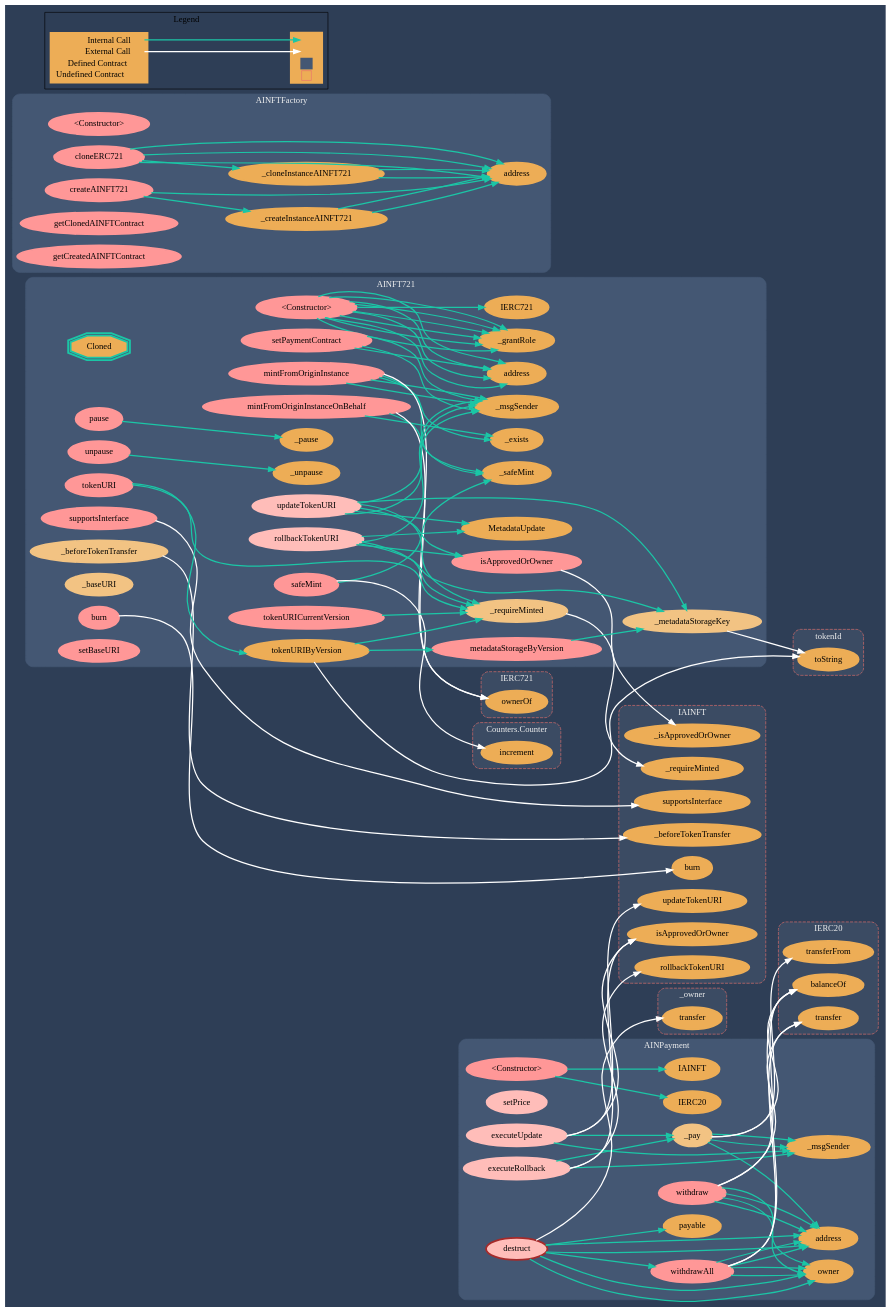
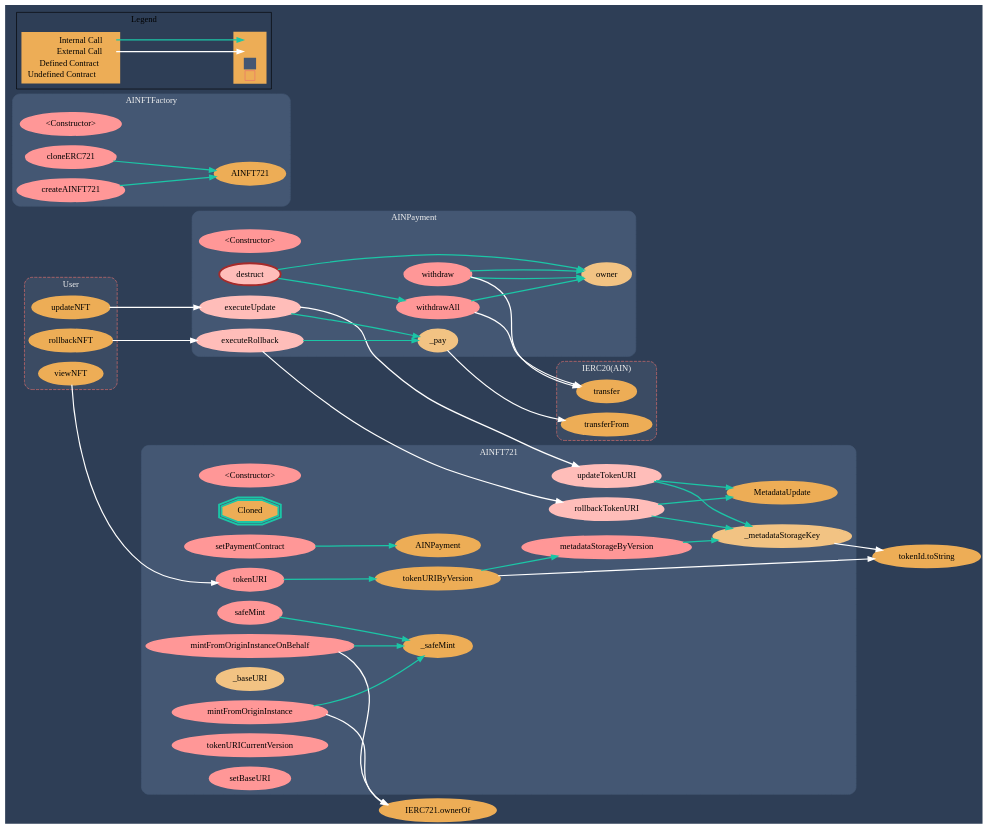
Before and after one commit to ainft-team/ainftize-contract: the diagram in docs/callgraph/AINFT.gv, drawn with Graphviz. The commit also changed 1 other file, not shown here.

Commit message:
docs: revise call graph

```diff
--- a/docs/callgraph/AINFT.gv
+++ b/docs/callgraph/AINFT.gv
@@ -9,14 +9,7 @@
   "AINFT721.mintFromOriginInstance" [ label = "mintFromOriginInstance", color = "#FF9797", fillcolor = "#FF9797" ];
   "AINFT721.mintFromOriginInstanceOnBehalf" [ label = "mintFromOriginInstanceOnBehalf", color = "#FF9797", fillcolor = "#FF9797" ];
   "AINFT721.setPaymentContract" [ label = "setPaymentContract", color = "#FF9797", fillcolor = "#FF9797" ];
-  "AINFT721.supportsInterface" [ label = "supportsInterface", color = "#FF9797", fillcolor = "#FF9797" ];
-  "AINFT721.pause" [ label = "pause", color = "#FF9797", fillcolor = "#FF9797" ];
-  "AINFT721.unpause" [ label = "unpause", color = "#FF9797", fillcolor = "#FF9797" ];
   "AINFT721.safeMint" [ label = "safeMint", color = "#FF9797", fillcolor = "#FF9797" ];
-  "AINFT721._beforeTokenTransfer" [ label = "_beforeTokenTransfer", color = "#f2c383", fillcolor = "#f2c383" ];
-  "AINFT721._requireMinted" [ label = "_requireMinted", color = "#f2c383", fillcolor = "#f2c383" ];
-  "AINFT721.isApprovedOrOwner" [ label = "isApprovedOrOwner", color = "#FF9797", fillcolor = "#FF9797" ];
-  "AINFT721.burn" [ label = "burn", color = "#FF9797", fillcolor = "#FF9797" ];
   "AINFT721._baseURI" [ label = "_baseURI", color = "#f2c383", fillcolor = "#f2c383" ];
   "AINFT721.tokenURI" [ label = "tokenURI", color = "#FF9797", fillcolor = "#FF9797" ];
   "AINFT721._metadataStorageKey" [ label = "_metadataStorageKey", color = "#f2c383", fillcolor = "#f2c383" ];
@@ -26,15 +19,10 @@
   "AINFT721.setBaseURI" [ label = "setBaseURI", color = "#FF9797", fillcolor = "#FF9797" ];
   "AINFT721.updateTokenURI" [ label = "updateTokenURI", color = "#ffbdb9", fillcolor = "#ffbdb9" ];
   "AINFT721.rollbackTokenURI" [ label = "rollbackTokenURI", color = "#ffbdb9", fillcolor = "#ffbdb9" ];
-  "AINFT721._grantRole" [ label = "_grantRole" ];
-  "AINFT721.IERC721" [ label = "IERC721" ];
-  "AINFT721.address" [ label = "address" ];
-  "AINFT721._exists" [ label = "_exists" ];
-  "AINFT721._msgSender" [ label = "_msgSender" ];
   "AINFT721._safeMint" [ label = "_safeMint" ];
-  "AINFT721._pause" [ label = "_pause" ];
-  "AINFT721._unpause" [ label = "_unpause" ];
   "AINFT721.MetadataUpdate" [ label = "MetadataUpdate" ];
+  "AINFT721.AINPayment" [ label = "AINPayment" ];
+
 }
 
 subgraph "clusterAINFTFactory" {
@@ -42,97 +30,42 @@
   "AINFTFactory.<Constructor>" [ label = "<Constructor>", color = "#FF9797", fillcolor = "#FF9797" ];
   "AINFTFactory.cloneERC721" [ label = "cloneERC721", color = "#FF9797", fillcolor = "#FF9797" ];
   "AINFTFactory.createAINFT721" [ label = "createAINFT721", color = "#FF9797", fillcolor = "#FF9797" ];
-  "AINFTFactory._cloneInstanceAINFT721" [ label = "_cloneInstanceAINFT721" ];
-  "AINFTFactory._createInstanceAINFT721" [ label = "_createInstanceAINFT721" ];
-  "AINFTFactory.getClonedAINFTContract" [ label = "getClonedAINFTContract", color = "#FF9797", fillcolor = "#FF9797" ];
-  "AINFTFactory.getCreatedAINFTContract" [ label = "getCreatedAINFTContract", color = "#FF9797", fillcolor = "#FF9797" ];
-  "AINFTFactory.address" [ label = "address" ];
+  "AINFTFactory.address" [ label = "AINFT721" ];
 }
 
 subgraph "clusterAINPayment" {
   graph [ label = "AINPayment", color = "#445773", fontcolor = "#f0f0f0", style = "rounded", bgcolor = "#445773" ];
   "AINPayment.<Constructor>" [ label = "<Constructor>", color = "#FF9797", fillcolor = "#FF9797" ];
-  "AINPayment.setPrice" [ label = "setPrice", color = "#ffbdb9", fillcolor = "#ffbdb9" ];
   "AINPayment._pay" [ label = "_pay", color = "#f2c383", fillcolor = "#f2c383" ];
   "AINPayment.executeUpdate" [ label = "executeUpdate", color = "#ffbdb9", fillcolor = "#ffbdb9" ];
   "AINPayment.executeRollback" [ label = "executeRollback", color = "#ffbdb9", fillcolor = "#ffbdb9" ];
   "AINPayment.withdraw" [ label = "withdraw", color = "#FF9797", fillcolor = "#FF9797" ];
   "AINPayment.withdrawAll" [ label = "withdrawAll", color = "#FF9797", fillcolor = "#FF9797" ];
   "AINPayment.destruct" [ label = "destruct", color = "brown", fillcolor = "#ffbdb9" ];
-  "AINPayment.IERC20" [ label = "IERC20" ];
-  "AINPayment.IAINFT" [ label = "IAINFT" ];
-  "AINPayment._msgSender" [ label = "_msgSender" ];
-  "AINPayment.address" [ label = "address" ];
-  "AINPayment.owner" [ label = "owner" ];
-  "AINPayment.payable" [ label = "payable" ];
-}
-
-subgraph "clusterIERC721" {
-  graph [ label = "IERC721", color = "#e8726d", fontcolor = "#f0f0f0", style = "rounded,dashed", bgcolor = "#3b4b63" ];
-  "IERC721.ownerOf" [ label = "ownerOf" ];
-}
-
-subgraph "clusterIAINFT" {
-  graph [ label = "IAINFT", color = "#e8726d", fontcolor = "#f0f0f0", style = "rounded,dashed", bgcolor = "#3b4b63" ];
-  "IAINFT.supportsInterface" [ label = "supportsInterface" ];
-  "IAINFT._beforeTokenTransfer" [ label = "_beforeTokenTransfer" ];
-  "IAINFT._requireMinted" [ label = "_requireMinted" ];
-  "IAINFT._isApprovedOrOwner" [ label = "_isApprovedOrOwner" ];
-  "IAINFT.burn" [ label = "burn" ];
-  "IAINFT.isApprovedOrOwner" [ label = "isApprovedOrOwner" ];
-  "IAINFT.updateTokenURI" [ label = "updateTokenURI" ];
-  "IAINFT.rollbackTokenURI" [ label = "rollbackTokenURI" ];
-}
-
-subgraph "clusterCounters.Counter" {
-  graph [ label = "Counters.Counter", color = "#e8726d", fontcolor = "#f0f0f0", style = "rounded,dashed", bgcolor = "#3b4b63" ];
-  "Counters.Counter.increment" [ label = "increment" ];
-}
-
-subgraph "clustertokenId" {
-  graph [ label = "tokenId", color = "#e8726d", fontcolor = "#f0f0f0", style = "rounded,dashed", bgcolor = "#3b4b63" ];
-  "tokenId.toString" [ label = "toString" ];
+  "AINPayment.owner" [ label = "owner", color = "#f2c383", fillcolor = "#f2c383" ];
 }
 
 subgraph "clusterIERC20" {
-  graph [ label = "IERC20", color = "#e8726d", fontcolor = "#f0f0f0", style = "rounded,dashed", bgcolor = "#3b4b63" ];
-  "IERC20.balanceOf" [ label = "balanceOf" ];
+  graph [ label = "IERC20(AIN)", color = "#e8726d", fontcolor = "#f0f0f0", style = "rounded,dashed", bgcolor = "#3b4b63" ];
   "IERC20.transferFrom" [ label = "transferFrom" ];
   "IERC20.transfer" [ label = "transfer" ];
 }
 
-subgraph "cluster_owner" {
-  graph [ label = "_owner", color = "#e8726d", fontcolor = "#f0f0f0", style = "rounded,dashed", bgcolor = "#3b4b63" ];
-  "_owner.transfer" [ label = "transfer" ];
+subgraph "cluster_user" {
+  graph [ label = "User", color = "#e8726d", fontcolor = "#f0f0f0", style = "rounded,dashed", bgcolor = "#3b4b63" ];
+  "User.updateNFT" [label = "updateNFT"];
+  "User.rollbackNFT" [label = "rollbackNFT"];
+  "User.viewNFT" [label = "viewNFT"];
 }
 
   "AINFT721.<Constructor>";
-  "AINFT721._grantRole";
-  "AINFT721.IERC721";
-  "AINFT721.address";
+  "AINFT721.AINPayment";
   "AINFT721.mintFromOriginInstance";
-  "AINFT721._exists";
   "IERC721.ownerOf";
-  "AINFT721._msgSender";
   "AINFT721._safeMint";
   "AINFT721.mintFromOriginInstanceOnBehalf";
   "AINFT721.setPaymentContract";
-  "AINFT721.supportsInterface";
-  "IAINFT.supportsInterface";
-  "AINFT721.pause";
-  "AINFT721._pause";
-  "AINFT721.unpause";
-  "AINFT721._unpause";
   "AINFT721.safeMint";
-  "Counters.Counter.increment";
-  "AINFT721._beforeTokenTransfer";
-  "IAINFT._beforeTokenTransfer";
-  "AINFT721._requireMinted";
-  "IAINFT._requireMinted";
-  "AINFT721.isApprovedOrOwner";
-  "IAINFT._isApprovedOrOwner";
-  "AINFT721.burn";
-  "IAINFT.burn";
   "AINFT721.tokenURI";
   "AINFT721.tokenURIByVersion";
   "AINFT721._metadataStorageKey";
@@ -144,123 +77,52 @@
   "AINFT721.rollbackTokenURI";
   "AINFTFactory.cloneERC721";
   "AINFTFactory.address";
-  "AINFTFactory._cloneInstanceAINFT721";
   "AINFTFactory.createAINFT721";
-  "AINFTFactory._createInstanceAINFT721";
   "AINPayment.<Constructor>";
-  "AINPayment.IERC20";
-  "AINPayment.IAINFT";
   "AINPayment._pay";
-  "IERC20.balanceOf";
-  "AINPayment._msgSender";
   "IERC20.transferFrom";
-  "AINPayment.address";
   "AINPayment.executeUpdate";
-  "IAINFT.isApprovedOrOwner";
-  "IAINFT.updateTokenURI";
   "AINPayment.executeRollback";
-  "IAINFT.rollbackTokenURI";
   "AINPayment.withdraw";
   "AINPayment.owner";
   "IERC20.transfer";
   "AINPayment.withdrawAll";
   "AINPayment.destruct";
-  "AINPayment.payable";
-  "_owner.transfer";
-  "AINFT721.<Constructor>" -> "AINFT721._grantRole" [ color = "#1bc6a6" ];
-  "AINFT721.<Constructor>" -> "AINFT721._grantRole" [ color = "#1bc6a6" ];
-  "AINFT721.<Constructor>" -> "AINFT721._grantRole" [ color = "#1bc6a6" ];
-  "AINFT721.<Constructor>" -> "AINFT721._grantRole" [ color = "#1bc6a6" ];
-  "AINFT721.<Constructor>" -> "AINFT721._grantRole" [ color = "#1bc6a6" ];
-  "AINFT721.<Constructor>" -> "AINFT721._grantRole" [ color = "#1bc6a6" ];
-  "AINFT721.<Constructor>" -> "AINFT721.IERC721" [ color = "#1bc6a6" ];
-  "AINFT721.<Constructor>" -> "AINFT721.address" [ color = "#1bc6a6" ];
-  "AINFT721.<Constructor>" -> "AINFT721.address" [ color = "#1bc6a6" ];
-  "AINFT721.<Constructor>" -> "AINFT721.address" [ color = "#1bc6a6" ];
-  "AINFT721.<Constructor>" -> "AINFT721.address" [ color = "#1bc6a6" ];
-  "AINFT721.mintFromOriginInstance" -> "AINFT721._exists" [ color = "#1bc6a6" ];
+  "User.updateNFT";
+  "User.rollbackNFT";
+  "User.viewNFT";
+  "User.updateNFT" -> "AINPayment.executeUpdate" [ color = "white" ];
+  "User.rollbackNFT" -> "AINPayment.executeRollback" [ color = "white" ];
+  "User.viewNFT" -> "AINFT721.tokenURI" [ color = "white" ];
   "AINFT721.mintFromOriginInstance" -> "IERC721.ownerOf" [ color = "white" ];
-  "AINFT721.mintFromOriginInstance" -> "AINFT721._msgSender" [ color = "#1bc6a6" ];
   "AINFT721.mintFromOriginInstance" -> "AINFT721._safeMint" [ color = "#1bc6a6" ];
-  "AINFT721.mintFromOriginInstance" -> "AINFT721._msgSender" [ color = "#1bc6a6" ];
-  "AINFT721.mintFromOriginInstanceOnBehalf" -> "AINFT721._exists" [ color = "#1bc6a6" ];
   "AINFT721.mintFromOriginInstanceOnBehalf" -> "IERC721.ownerOf" [ color = "white" ];
   "AINFT721.mintFromOriginInstanceOnBehalf" -> "AINFT721._safeMint" [ color = "#1bc6a6" ];
-  "AINFT721.setPaymentContract" -> "AINFT721._msgSender" [ color = "#1bc6a6" ];
-  "AINFT721.setPaymentContract" -> "AINFT721._msgSender" [ color = "#1bc6a6" ];
-  "AINFT721.setPaymentContract" -> "AINFT721.address" [ color = "#1bc6a6" ];
-  "AINFT721.supportsInterface" -> "IAINFT.supportsInterface" [ color = "white" ];
-  "AINFT721.pause" -> "AINFT721._pause" [ color = "#1bc6a6" ];
-  "AINFT721.unpause" -> "AINFT721._unpause" [ color = "#1bc6a6" ];
-  "AINFT721.safeMint" -> "Counters.Counter.increment" [ color = "white" ];
+  "AINFT721.setPaymentContract" -> "AINFT721.AINPayment" [ color = "#1bc6a6" ];
   "AINFT721.safeMint" -> "AINFT721._safeMint" [ color = "#1bc6a6" ];
-  "AINFT721._beforeTokenTransfer" -> "IAINFT._beforeTokenTransfer" [ color = "white" ];
-  "AINFT721._requireMinted" -> "IAINFT._requireMinted" [ color = "white" ];
-  "AINFT721.isApprovedOrOwner" -> "IAINFT._isApprovedOrOwner" [ color = "white" ];
-  "AINFT721.burn" -> "IAINFT.burn" [ color = "white" ];
-  "AINFT721.tokenURI" -> "AINFT721._requireMinted" [ color = "#1bc6a6" ];
   "AINFT721.tokenURI" -> "AINFT721.tokenURIByVersion" [ color = "#1bc6a6" ];
   "AINFT721._metadataStorageKey" -> "tokenId.toString" [ color = "white" ];
   "AINFT721.metadataStorageByVersion" -> "AINFT721._metadataStorageKey" [ color = "#1bc6a6" ];
-  "AINFT721.tokenURICurrentVersion" -> "AINFT721._requireMinted" [ color = "#1bc6a6" ];
-  "AINFT721.tokenURIByVersion" -> "AINFT721._requireMinted" [ color = "#1bc6a6" ];
   "AINFT721.tokenURIByVersion" -> "tokenId.toString" [ color = "white" ];
   "AINFT721.tokenURIByVersion" -> "AINFT721.metadataStorageByVersion" [ color = "#1bc6a6" ];
-  "AINFT721.updateTokenURI" -> "AINFT721.isApprovedOrOwner" [ color = "#1bc6a6" ];
-  "AINFT721.updateTokenURI" -> "AINFT721._msgSender" [ color = "#1bc6a6" ];
-  "AINFT721.updateTokenURI" -> "AINFT721._requireMinted" [ color = "#1bc6a6" ];
   "AINFT721.updateTokenURI" -> "AINFT721._metadataStorageKey" [ color = "#1bc6a6" ];
-  "AINFT721.updateTokenURI" -> "AINFT721._msgSender" [ color = "#1bc6a6" ];
   "AINFT721.updateTokenURI" -> "AINFT721.MetadataUpdate" [ color = "#1bc6a6" ];
-  "AINFT721.rollbackTokenURI" -> "AINFT721.isApprovedOrOwner" [ color = "#1bc6a6" ];
-  "AINFT721.rollbackTokenURI" -> "AINFT721._msgSender" [ color = "#1bc6a6" ];
-  "AINFT721.rollbackTokenURI" -> "AINFT721._requireMinted" [ color = "#1bc6a6" ];
   "AINFT721.rollbackTokenURI" -> "AINFT721._metadataStorageKey" [ color = "#1bc6a6" ];
   "AINFT721.rollbackTokenURI" -> "AINFT721.MetadataUpdate" [ color = "#1bc6a6" ];
   "AINFTFactory.cloneERC721" -> "AINFTFactory.address" [ color = "#1bc6a6" ];
-  "AINFTFactory.cloneERC721" -> "AINFTFactory.address" [ color = "#1bc6a6" ];
-  "AINFTFactory.cloneERC721" -> "AINFTFactory._cloneInstanceAINFT721" [ color = "#1bc6a6" ];
-  "AINFTFactory.cloneERC721" -> "AINFTFactory.address" [ color = "#1bc6a6" ];
-  "AINFTFactory.createAINFT721" -> "AINFTFactory._createInstanceAINFT721" [ color = "#1bc6a6" ];
   "AINFTFactory.createAINFT721" -> "AINFTFactory.address" [ color = "#1bc6a6" ];
-  "AINFTFactory._cloneInstanceAINFT721" -> "AINFTFactory.address" [ color = "#1bc6a6" ];
-  "AINFTFactory._cloneInstanceAINFT721" -> "AINFTFactory.address" [ color = "#1bc6a6" ];
-  "AINFTFactory._createInstanceAINFT721" -> "AINFTFactory.address" [ color = "#1bc6a6" ];
-  "AINFTFactory._createInstanceAINFT721" -> "AINFTFactory.address" [ color = "#1bc6a6" ];
-  "AINPayment.<Constructor>" -> "AINPayment.IERC20" [ color = "#1bc6a6" ];
-  "AINPayment.<Constructor>" -> "AINPayment.IAINFT" [ color = "#1bc6a6" ];
-  "AINPayment._pay" -> "IERC20.balanceOf" [ color = "white" ];
-  "AINPayment._pay" -> "AINPayment._msgSender" [ color = "#1bc6a6" ];
   "AINPayment._pay" -> "IERC20.transferFrom" [ color = "white" ];
-  "AINPayment._pay" -> "AINPayment._msgSender" [ color = "#1bc6a6" ];
-  "AINPayment._pay" -> "AINPayment.address" [ color = "#1bc6a6" ];
-  "AINPayment.executeUpdate" -> "IAINFT.isApprovedOrOwner" [ color = "white" ];
-  "AINPayment.executeUpdate" -> "AINPayment._msgSender" [ color = "#1bc6a6" ];
   "AINPayment.executeUpdate" -> "AINPayment._pay" [ color = "#1bc6a6" ];
-  "AINPayment.executeUpdate" -> "IAINFT.updateTokenURI" [ color = "white" ];
-  "AINPayment.executeRollback" -> "IAINFT.isApprovedOrOwner" [ color = "white" ];
-  "AINPayment.executeRollback" -> "AINPayment._msgSender" [ color = "#1bc6a6" ];
+  "AINPayment.executeUpdate" -> "AINFT721.updateTokenURI" [ color = "white" ];
   "AINPayment.executeRollback" -> "AINPayment._pay" [ color = "#1bc6a6" ];
-  "AINPayment.executeRollback" -> "IAINFT.rollbackTokenURI" [ color = "white" ];
+  "AINPayment.executeRollback" -> "AINFT721.rollbackTokenURI" [ color = "white" ];
   "AINPayment.withdraw" -> "AINPayment.owner" [ color = "#1bc6a6" ];
-  "AINPayment.withdraw" -> "AINPayment.address" [ color = "#1bc6a6" ];
-  "AINPayment.withdraw" -> "IERC20.balanceOf" [ color = "white" ];
-  "AINPayment.withdraw" -> "AINPayment.address" [ color = "#1bc6a6" ];
   "AINPayment.withdraw" -> "IERC20.transfer" [ color = "white" ];
   "AINPayment.withdraw" -> "AINPayment.owner" [ color = "#1bc6a6" ];
   "AINPayment.withdrawAll" -> "AINPayment.owner" [ color = "#1bc6a6" ];
-  "AINPayment.withdrawAll" -> "AINPayment.address" [ color = "#1bc6a6" ];
-  "AINPayment.withdrawAll" -> "IERC20.balanceOf" [ color = "white" ];
-  "AINPayment.withdrawAll" -> "AINPayment.address" [ color = "#1bc6a6" ];
   "AINPayment.withdrawAll" -> "IERC20.transfer" [ color = "white" ];
-  "AINPayment.withdrawAll" -> "AINPayment.owner" [ color = "#1bc6a6" ];
   "AINPayment.destruct" -> "AINPayment.owner" [ color = "#1bc6a6" ];
-  "AINPayment.destruct" -> "AINPayment.address" [ color = "#1bc6a6" ];
   "AINPayment.destruct" -> "AINPayment.withdrawAll" [ color = "#1bc6a6" ];
-  "AINPayment.destruct" -> "AINPayment.payable" [ color = "#1bc6a6" ];
-  "AINPayment.destruct" -> "AINPayment.owner" [ color = "#1bc6a6" ];
-  "AINPayment.destruct" -> "AINPayment.address" [ color = "#1bc6a6" ];
-  "AINPayment.destruct" -> "_owner.transfer" [ color = "white" ];
 
 
 rankdir=LR
```
